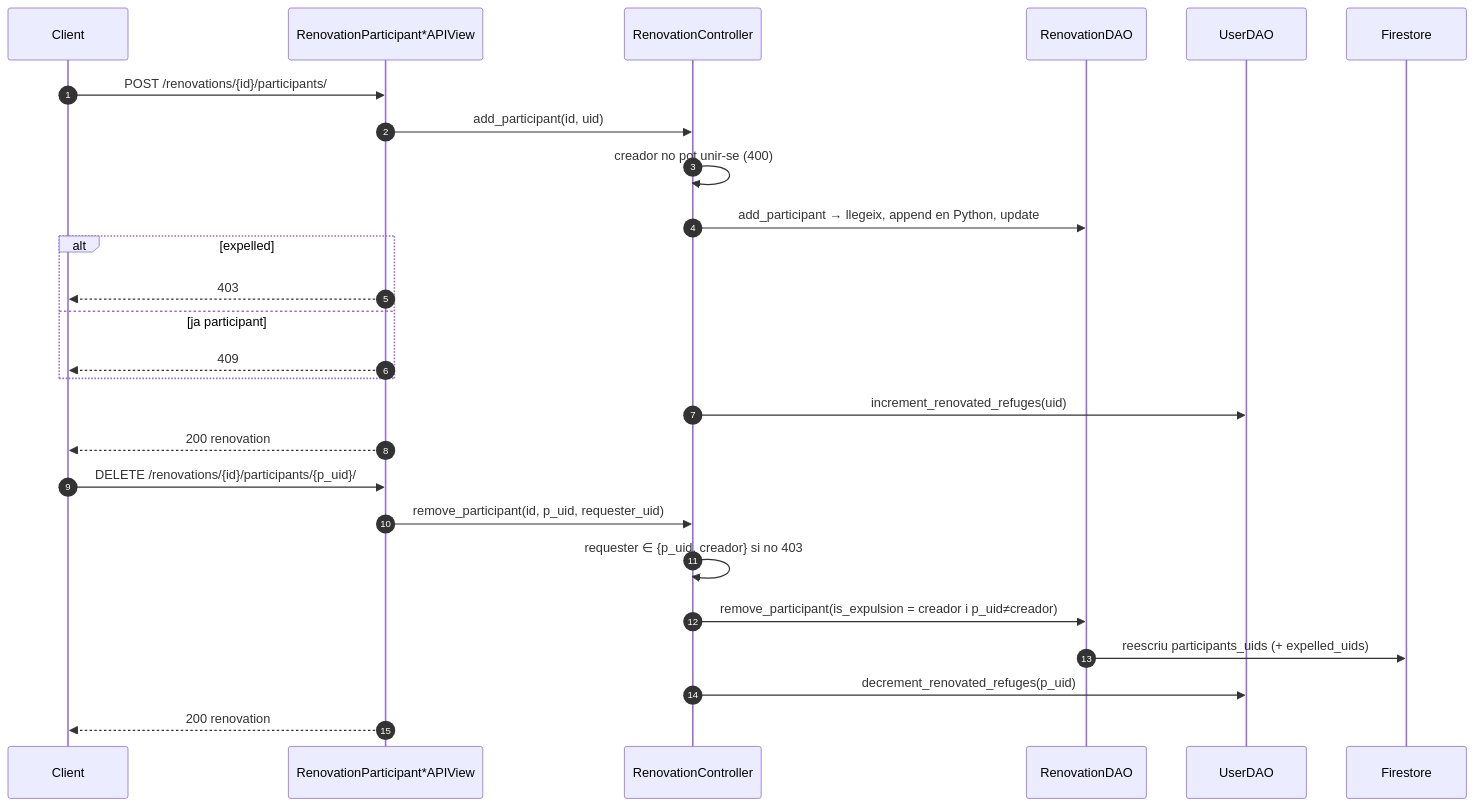
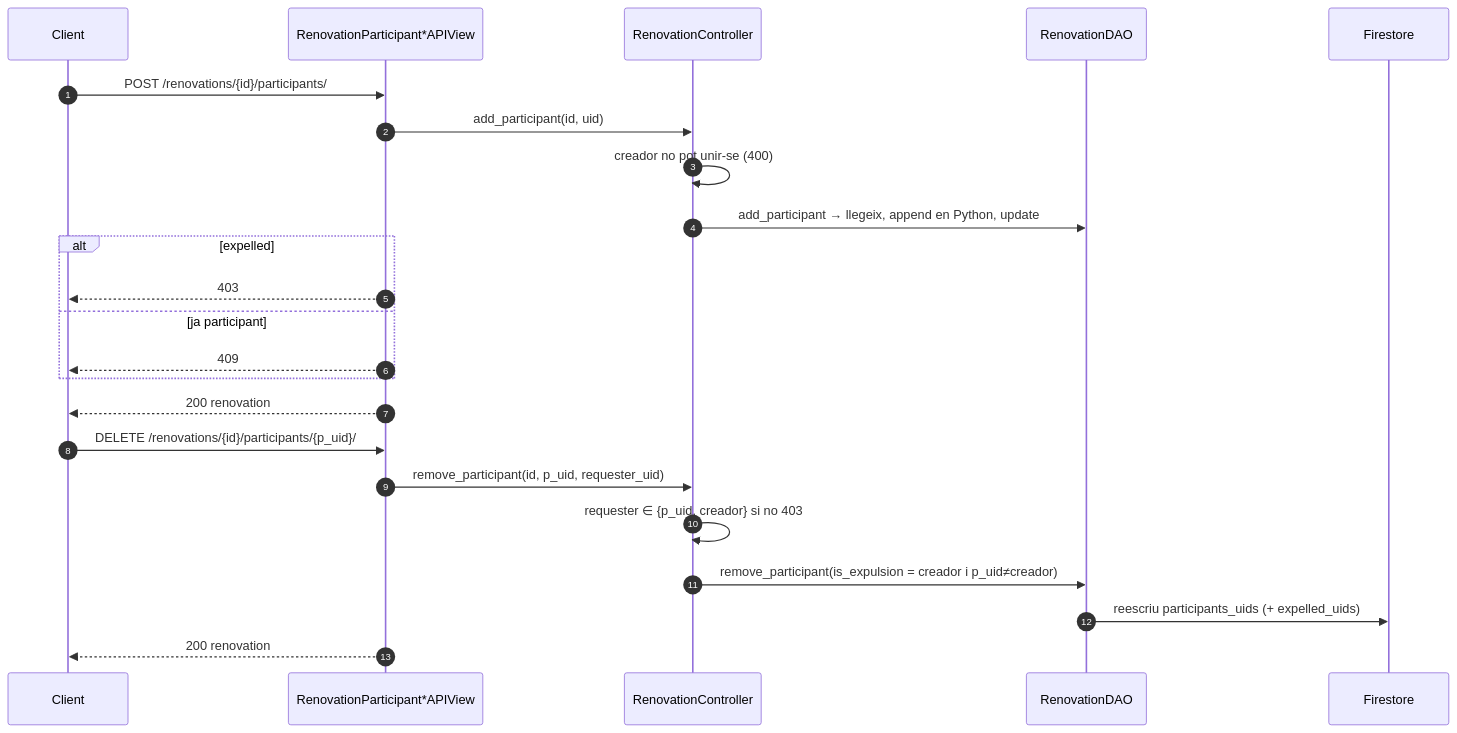
The second of 2 diagrams in docs/flows/07-renovations.md (jordirev/RefugisLliures_Backend), drawn with Mermaid before and after one commit. The commit also changed other lines of this file and 26 other files, not shown here.

````diff
--- a/docs/flows/07-renovations.md
+++ b/docs/flows/07-renovations.md
@@ -54,30 +52,27 @@
 ```mermaid
 sequenceDiagram
     autonumber
     participant C as Client
     participant V as RenovationParticipant*APIView
     participant RC as RenovationController
     participant RD as RenovationDAO
-    participant UD as UserDAO
     participant F as Firestore
 
     C->>V: POST /renovations/{id}/participants/
     V->>RC: add_participant(id, uid)
     RC->>RC: creador no pot unir-se (400)
     RC->>RD: add_participant → llegeix, append en Python, update
     alt expelled
         V-->>C: 403
     else ja participant
         V-->>C: 409
     end
-    RC->>UD: increment_renovated_refuges(uid)
     V-->>C: 200 renovation
 
     C->>V: DELETE /renovations/{id}/participants/{p_uid}/
     V->>RC: remove_participant(id, p_uid, requester_uid)
     RC->>RC: requester ∈ {p_uid, creador} si no 403
     RC->>RD: remove_participant(is_expulsion = creador i p_uid≠creador)
     RD->>F: reescriu participants_uids (+ expelled_uids)
-    RC->>UD: decrement_renovated_refuges(p_uid)
     V-->>C: 200 renovation
 ```
````
